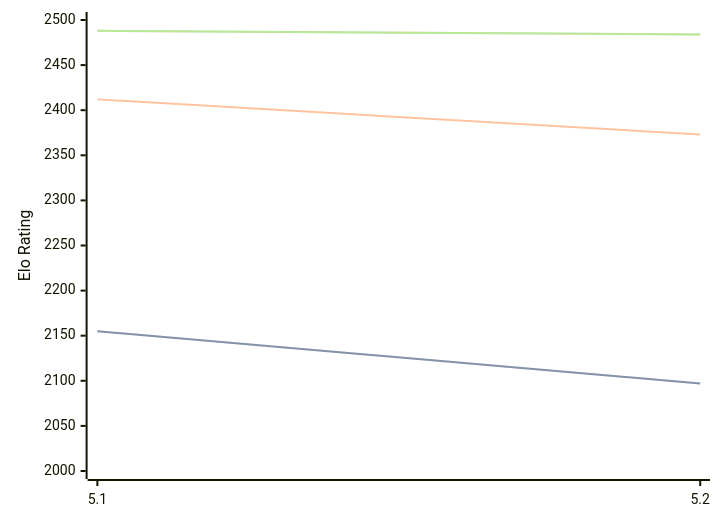
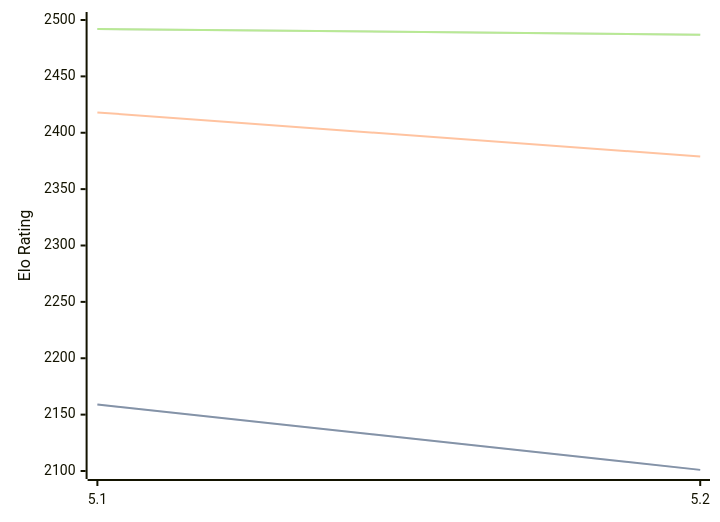
One commit to computer-chess-index/cci changed the diagram in engines/Prophet.md. Above: the diagram before and after it, drawn with Mermaid. The commit also changed other lines of this file, not shown here.

Commit message:
Update CCI Ratings (ELO VLTC) - 2026-08-18

````diff
--- a/engines/Prophet.md
+++ b/engines/Prophet.md
@@ -32,11 +32,11 @@
 ```mermaid
 %%{init: {"theme":"base","themeVariables":{"seriesColors:['#a3a3a3','#222221','#faa371']}}}%%
 xychart-beta
   x-axis ["5.1", "5.2"]
-  y-axis "Elo Rating" 2000 --> 2500
-  line "STC (8.0+0.08s)" [2155, 2097]
-  line "STC (8.0+0.08s)" [2155, 2097]
-  line "LTC (60.0+0.60s)" [2412, 2373]
-  line "VLTC (2m24s+1.12s)" [2488, 2484]
-  line "VLTC (2m24s+1.12s)" [2488, 2484]
+  y-axis "Elo Rating" 2100 --> 2500
+  line "STC (8.0+0.08s)" [2159, 2101]
+  line "STC (8.0+0.08s)" [2159, 2101]
+  line "LTC (60.0+0.60s)" [2418, 2379]
+  line "VLTC (2m24s+1.12s)" [2492, 2487]
+  line "VLTC (2m24s+1.12s)" [2492, 2487]
 ```
````
